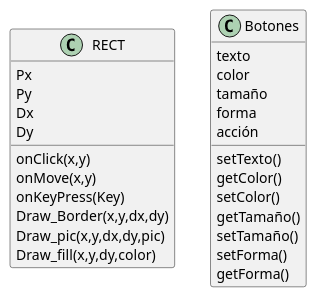
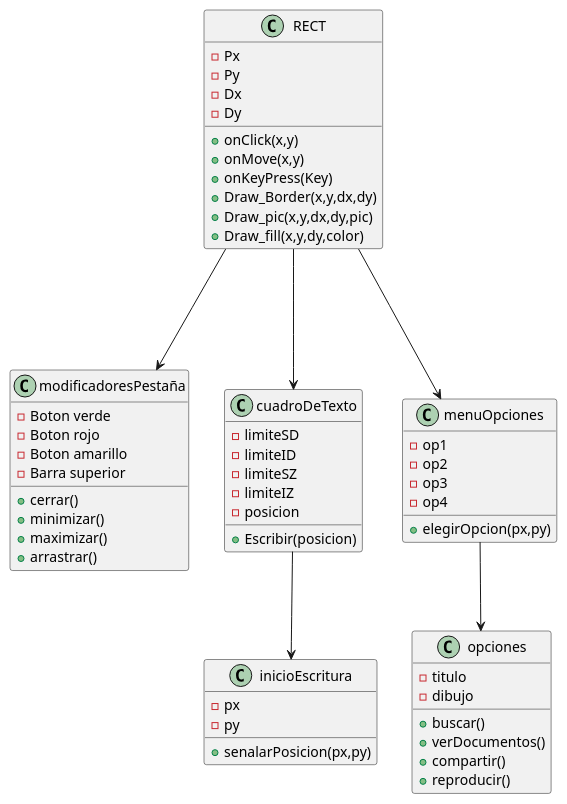
One commit to AshlieSalcedo/Doors changed the diagram in Doors/Diagrama Doors.puml. Above: the diagram before and after it, drawn with PlantUML. The commit also changed 1 other file, not shown here.

Commit message:
Avance del diagrama

```diff
--- a/Doors/Diagrama Doors.puml
+++ b/Doors/Diagrama Doors.puml
@@ -1,34 +1,66 @@
 @startuml
 'https://plantuml.com/sequence-diagram
 
 class RECT{
-Px
-Py
-Dx
-Dy
-onClick(x,y)
-onMove(x,y)
-onKeyPress(Key)
-Draw_Border(x,y,dx,dy)
-Draw_pic(x,y,dx,dy,pic)
-Draw_fill(x,y,dy,color)
+-Px
+-Py
+-Dx
+-Dy
++onClick(x,y)
++onMove(x,y)
++onKeyPress(Key)
++Draw_Border(x,y,dx,dy)
++Draw_pic(x,y,dx,dy,pic)
++Draw_fill(x,y,dy,color)
 }
 
-class Botones{
-texto
-color
-tamaño
-forma
-acción
-setTexto()
-getColor()
-setColor()
-getTamaño()
-setTamaño()
-setForma()
-getForma()
+class modificadoresPestaña{
+-Boton verde
+-Boton rojo
+-Boton amarillo
+-Barra superior
++cerrar()
++minimizar()
++maximizar()
++arrastrar()
 }
 
+class cuadroDeTexto {
+-limiteSD
+-limiteID
+-limiteSZ
+-limiteIZ
+-posicion
++Escribir(posicion)
+}
 
+class inicioEscritura {
+-px
+-py
++senalarPosicion(px,py)
+}
+
+cuadroDeTexto --> inicioEscritura
+
+class menuOpciones {
+-op1
+-op2
+-op3
+-op4
++elegirOpcion(px,py)
+}
+class opciones {
+-titulo
+-dibujo
++buscar()
++verDocumentos()
++compartir()
++reproducir()
+}
+menuOpciones --> opciones
+RECT ---> menuOpciones
+
+RECT ---> modificadoresPestaña
+RECT ---> cuadroDeTexto
 
 @enduml
```
